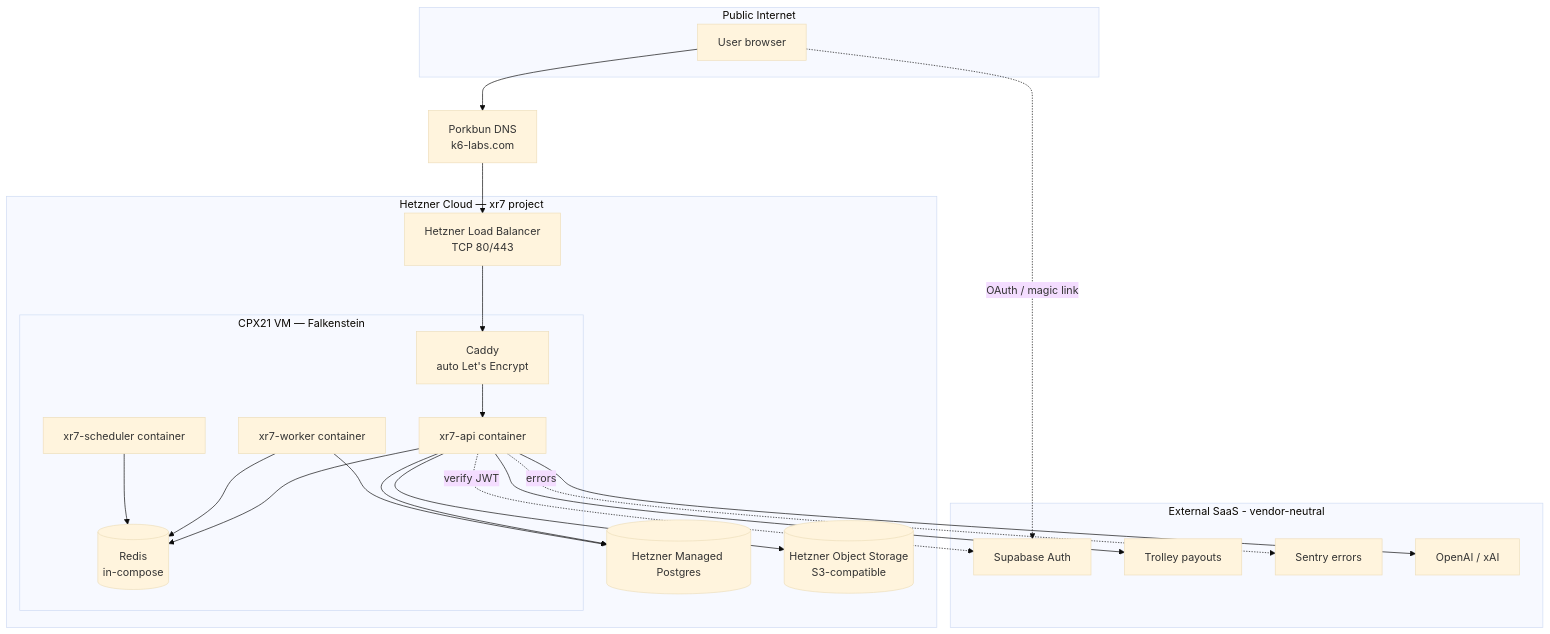
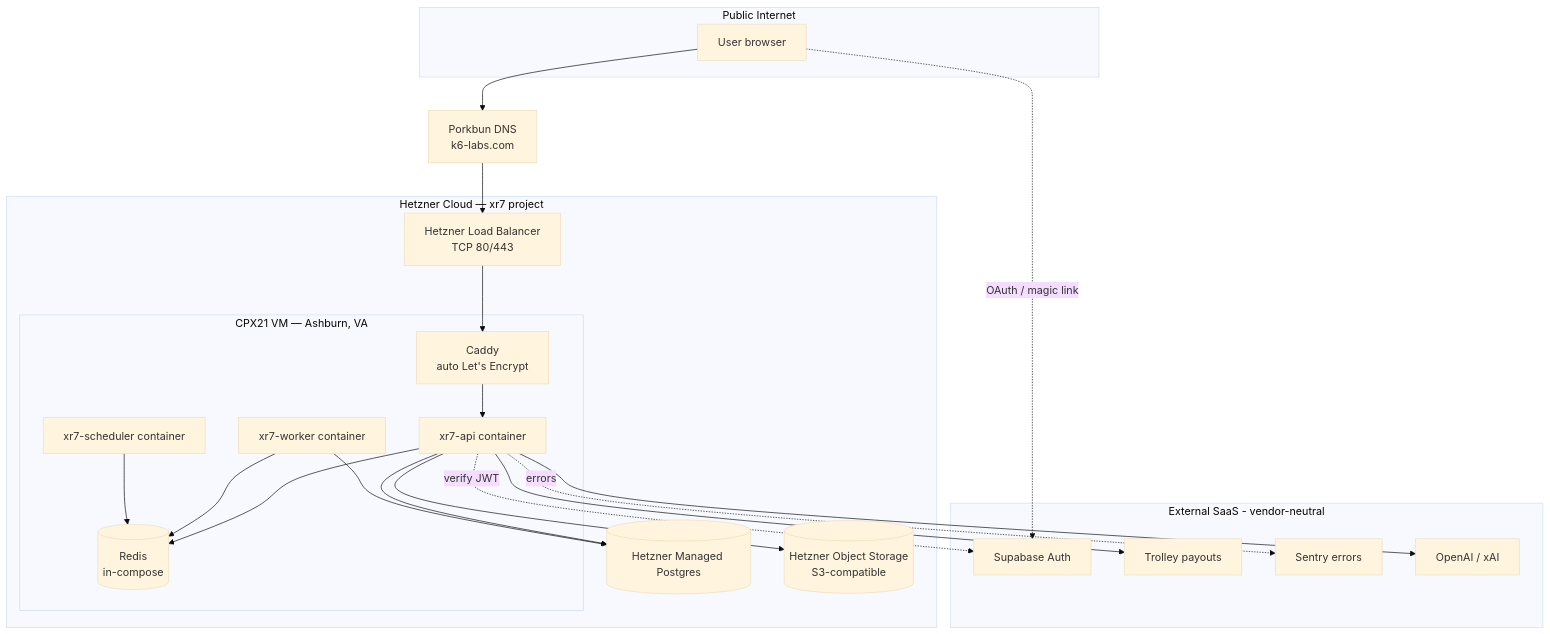
One commit to k6-labs-hq/artistos-public changed the first of 2 diagrams in docs/architecture/03-deployment.md. Above: the diagram before and after it, drawn with Mermaid (base theme). The commit also changed 3 other files, not shown here.

````diff
--- a/docs/architecture/03-deployment.md
+++ b/docs/architecture/03-deployment.md
@@ -16,47 +16,47 @@
 ```mermaid
 flowchart TB
     subgraph internet[Public Internet]
         user[User browser]
     end
 
     porkbun[Porkbun DNS<br/>k6-labs.com]
 
     subgraph hetzner[Hetzner Cloud — xr7 project]
         lb[Hetzner Load Balancer<br/>TCP 80/443]
 
-        subgraph vm[CPX21 VM — Falkenstein]
+        subgraph vm[CPX21 VM — Ashburn, VA]
             caddy[Caddy<br/>auto Let's Encrypt]
             api[xr7-api container]
             worker[xr7-worker container]
             scheduler[xr7-scheduler container]
             redis[(Redis<br/>in-compose)]
         end
 
         pg[(Hetzner Managed Postgres)]
         obj[(Hetzner Object Storage<br/>S3-compatible)]
     end
 
     subgraph saas[External SaaS - vendor-neutral]
         sb[Supabase Auth]
         tr[Trolley payouts]
         sentry[Sentry errors]
         llm[OpenAI / xAI]
     end
 
     user --> porkbun
     porkbun --> lb
     lb --> caddy
     caddy --> api
     api --> pg
     api --> redis
     api --> obj
     worker --> pg
     worker --> redis
     scheduler --> redis
 
     user -.OAuth / magic link.-> sb
     api -.verify JWT.-> sb
     api --> tr
     api --> llm
     api -.errors.-> sentry
 ```
````
